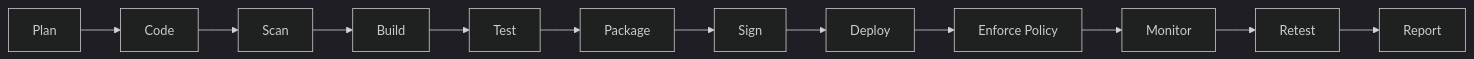
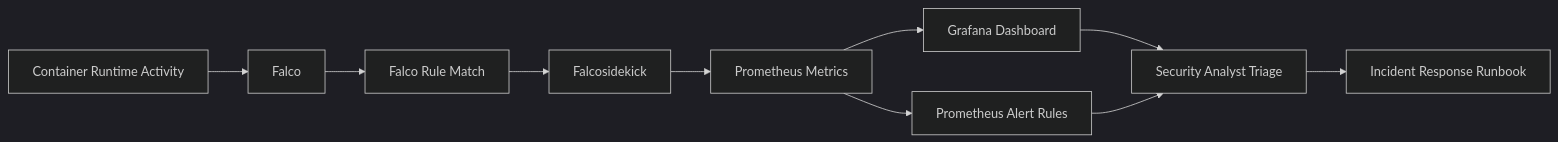
One commit to Jazz00001/Enterprise-DevSecOps changed the sixth of 7 diagrams in README.md. Above: the diagram before and after it, drawn with Mermaid (dark theme). The commit also changed other lines of this file, not shown here.

````diff
--- a/README.md
+++ b/README.md
@@ -217,14 +630,12 @@
 ```mermaid
-graph LR
-    A[Plan] --> B[Code]
-    B --> C[Scan]
-    C --> D[Build]
-    D --> E[Test]
-    E --> F[Package]
-    F --> G[Sign]
-    G --> H[Deploy]
-    H --> I[Enforce Policy]
-    I --> J[Monitor]
-    J --> K[Retest]
-    K --> L[Report]
+flowchart LR
+    A[Container Runtime Activity] --> B[Falco]
+    B --> C[Falco Rule Match]
+    C --> D[Falcosidekick]
+    D --> E[Prometheus Metrics]
+    E --> F[Grafana Dashboard]
+    E --> G[Prometheus Alert Rules]
+    F --> H[Security Analyst Triage]
+    G --> H
+    H --> I[Incident Response Runbook]
 ```
````
